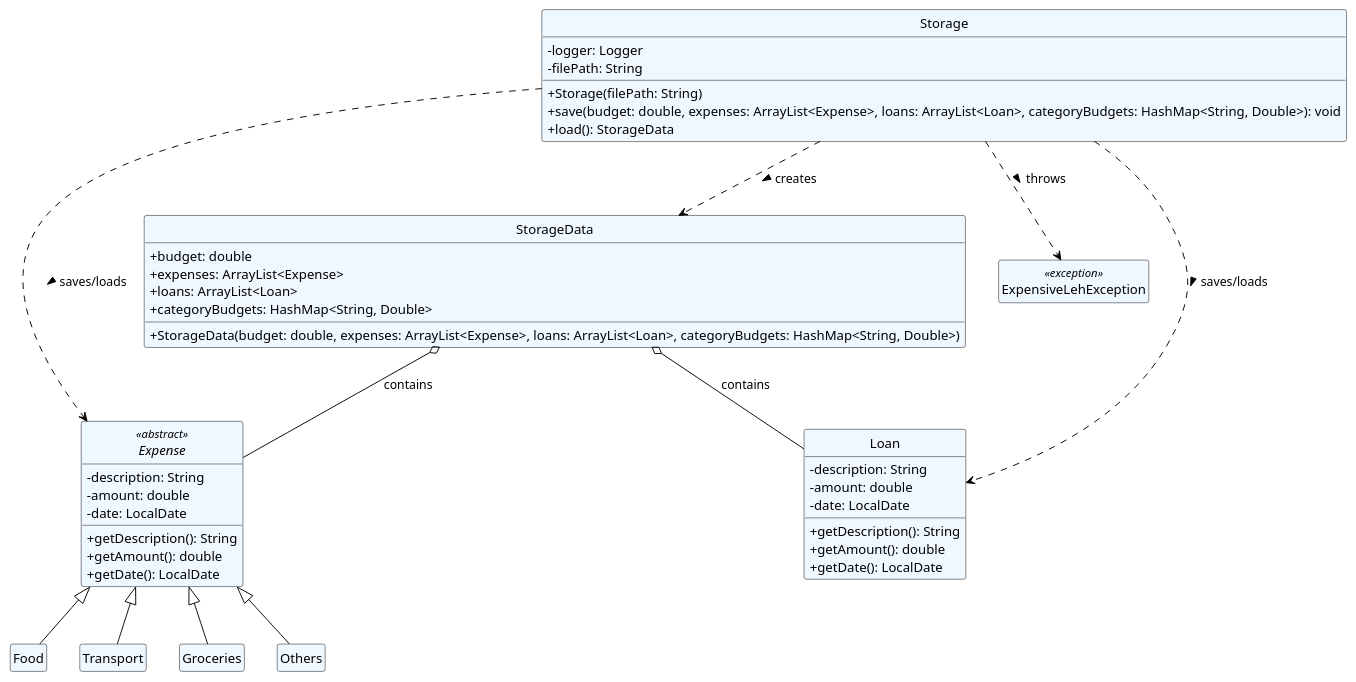
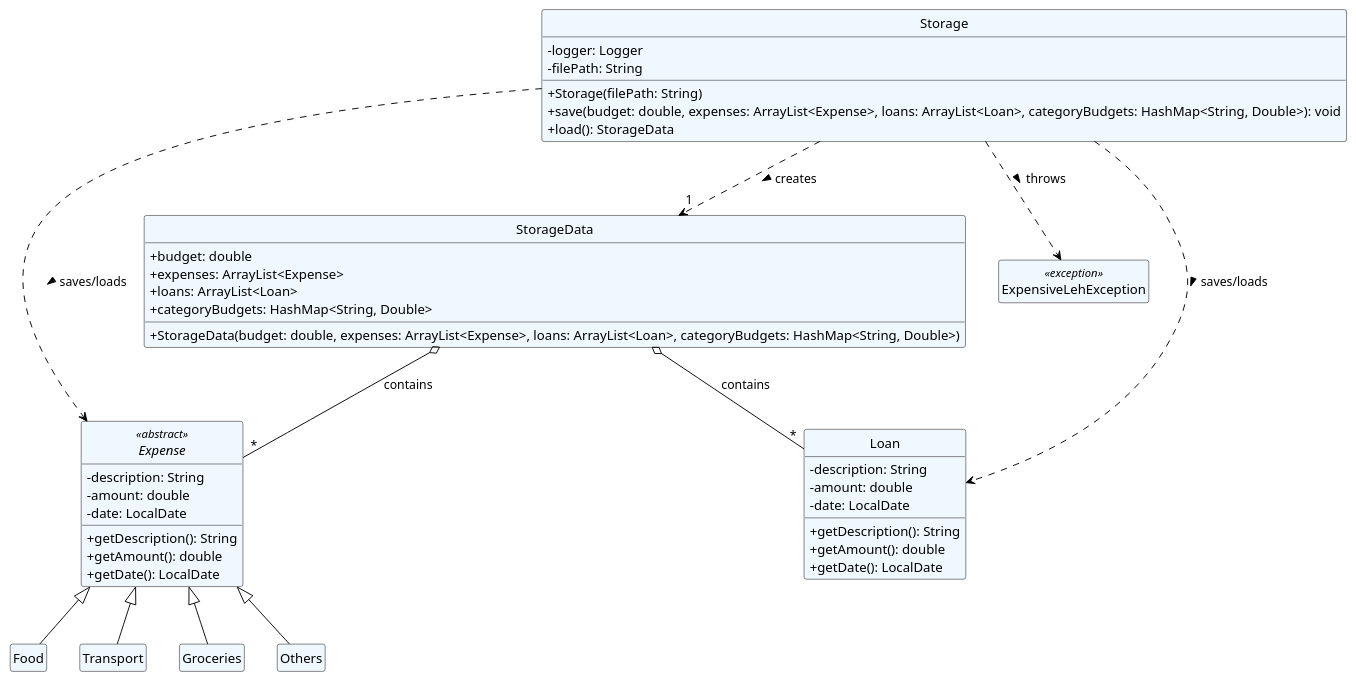
The diagram in docs/Diagrams/Storage.puml (KanakornMek/tp), drawn with PlantUML before and after one commit. The commit also changed 4 other files, not shown here.

```diff
--- a/docs/Diagrams/Storage.puml
+++ b/docs/Diagrams/Storage.puml
@@ -1,62 +1,62 @@
 @startuml
 skinparam classAttributeIconSize 0
 hide circle
 hide empty members
 
 skinparam class {
     BackgroundColor AliceBlue
     ArrowColor Black
     BorderColor Black
 }
 
     class Storage {
         - logger: Logger
         - filePath: String
         + Storage(filePath: String)
         + save(budget: double, expenses: ArrayList<Expense>, loans: ArrayList<Loan>, categoryBudgets: HashMap<String, Double>): void
         + load(): StorageData
     }
 
     class StorageData {
         + budget: double
         + expenses: ArrayList<Expense>
         + loans: ArrayList<Loan>
         + categoryBudgets: HashMap<String, Double>
         + StorageData(budget: double, expenses: ArrayList<Expense>, loans: ArrayList<Loan>, categoryBudgets: HashMap<String, Double>)
     }
 
 
 
     abstract class Expense <<abstract>> {
         - description: String
         - amount: double
         - date: LocalDate
         + getDescription(): String
         + getAmount(): double
         + getDate(): LocalDate
     }
     class Food extends Expense
     class Transport extends Expense
     class Groceries extends Expense
     class Others extends Expense
     class ExpensiveLehException <<exception>>
 
 
     class Loan {
         - description: String
         - amount: double
         - date: LocalDate
         + getDescription(): String
         + getAmount(): double
         + getDate(): LocalDate
     }
 
 ' Relationships
-Storage ..> StorageData : creates >
+Storage ..> StorageData : creates > "1"
 Storage ..> Expense : saves/loads >
 Storage ..> Loan : saves/loads >
 Storage ..> ExpensiveLehException : throws >
-StorageData o-- Expense : contains
-StorageData o-- Loan : contains
+StorageData o-- Expense : contains "*"
+StorageData o-- Loan : contains "*"
 
 @enduml
```
